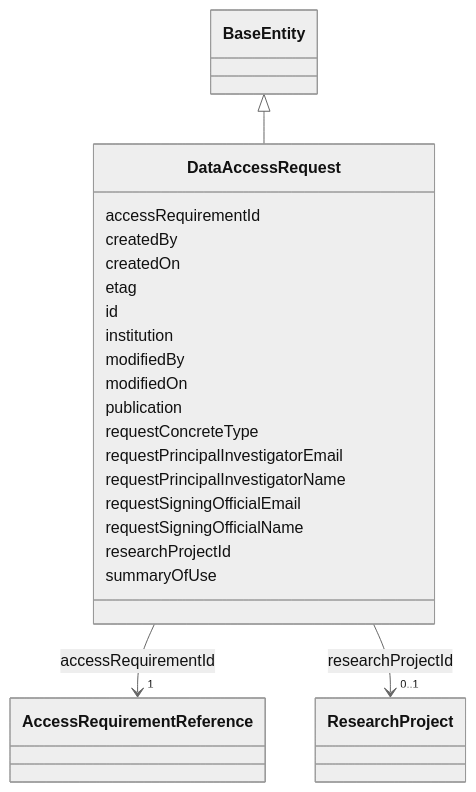
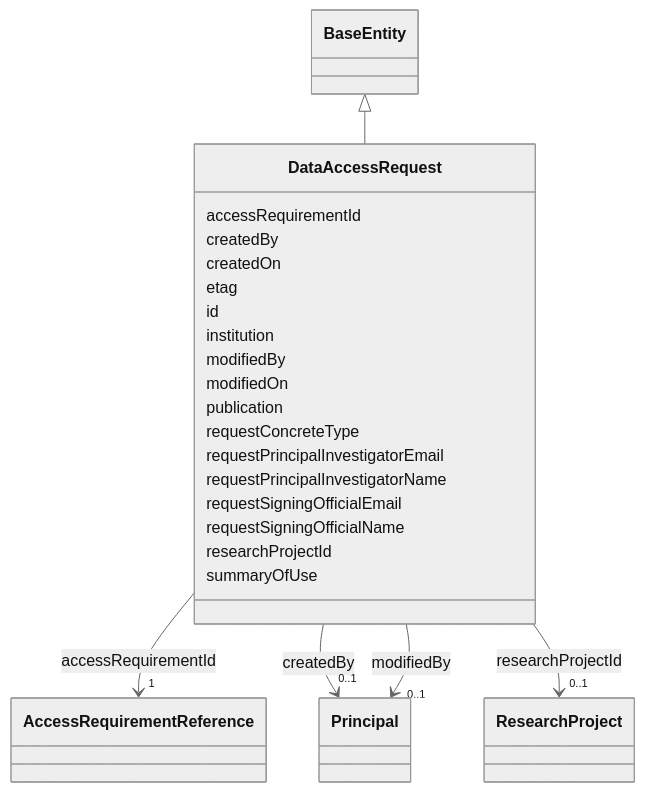
One commit to mc2-center/governanceDUO changed the diagram in docs/reference/classes/DataAccessRequest.md. Above: the diagram before and after it, drawn with Mermaid (neutral theme). The commit also changed other lines of this file and 39 other files, not shown here.

````diff
--- a/docs/reference/classes/DataAccessRequest.md
+++ b/docs/reference/classes/DataAccessRequest.md
@@ -25,59 +25,77 @@
 ```mermaid
  classDiagram
     class DataAccessRequest
     click DataAccessRequest href "../../classes/DataAccessRequest/"
       BaseEntity <|-- DataAccessRequest
         click BaseEntity href "../../classes/BaseEntity/"
       
       DataAccessRequest : accessRequirementId
         
           
     
         
         
         DataAccessRequest --> "1" AccessRequirementReference : accessRequirementId
         click AccessRequirementReference href "../../classes/AccessRequirementReference/"
     
 
         
       DataAccessRequest : createdBy
         
+          
+    
+        
+        
+        DataAccessRequest --> "0..1" Principal : createdBy
+        click Principal href "../../classes/Principal/"
+    
+
+        
       DataAccessRequest : createdOn
         
       DataAccessRequest : etag
         
       DataAccessRequest : id
         
       DataAccessRequest : institution
         
       DataAccessRequest : modifiedBy
+        
+          
+    
+        
+        
+        DataAccessRequest --> "0..1" Principal : modifiedBy
+        click Principal href "../../classes/Principal/"
+    
+
         
       DataAccessRequest : modifiedOn
         
       DataAccessRequest : publication
         
       DataAccessRequest : requestConcreteType
         
       DataAccessRequest : requestPrincipalInvestigatorEmail
         
       DataAccessRequest : requestPrincipalInvestigatorName
         
       DataAccessRequest : requestSigningOfficialEmail
         
       DataAccessRequest : requestSigningOfficialName
         
       DataAccessRequest : researchProjectId
         
           
     
         
         
         DataAccessRequest --> "0..1" ResearchProject : researchProjectId
         click ResearchProject href "../../classes/ResearchProject/"
     
 
         
       DataAccessRequest : summaryOfUse
         
       
 ```
````
